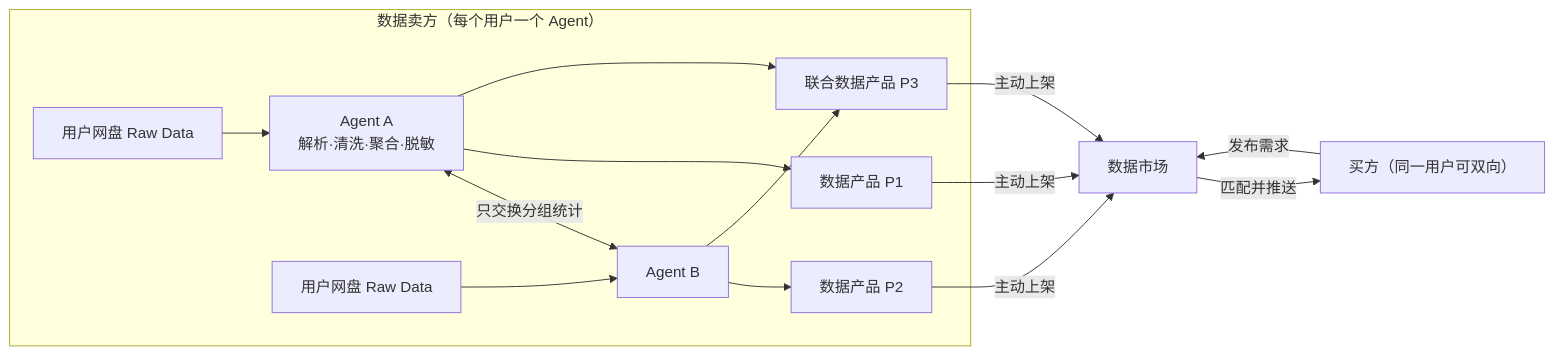
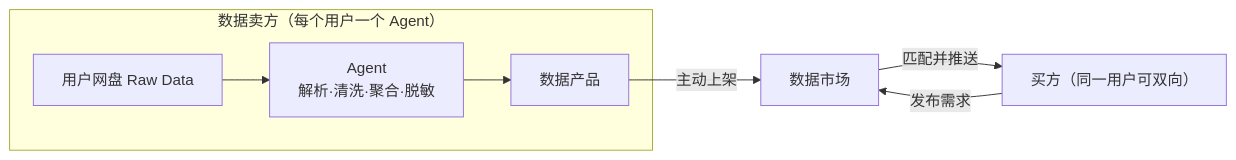
The first of 3 diagrams in README.md (PanheadGG/agora-drive), drawn with Mermaid before and after one commit. The commit also changed other lines of this file and 13 other files, not shown here.

````diff
--- a/README.md
+++ b/README.md
@@ -7,14 +7,10 @@
 ```mermaid
 flowchart LR
     subgraph Sellers["数据卖方（每个用户一个 Agent）"]
-        U1["用户网盘 Raw Data"] --> A1["Agent A<br/>解析·清洗·聚合·脱敏"]
-        U2["用户网盘 Raw Data"] --> A2["Agent B"]
-        A1 <-->|"只交换分组统计"| A2
-        A1 --> P1["数据产品 P1"]
-        A2 --> P2["数据产品 P2"]
-        A1 & A2 --> P3["联合数据产品 P3"]
+        U1["用户网盘 Raw Data"] --> A1["Agent<br/>解析·清洗·聚合·脱敏"]
+        A1 --> P1["数据产品"]
     end
-    P1 & P2 & P3 -->|"主动上架"| M["数据市场"]
+    P1 -->|"主动上架"| M["数据市场"]
     BY["买方（同一用户可双向）"] -->|"发布需求"| M
     M -->|"匹配并推送"| BY
 ```
````
